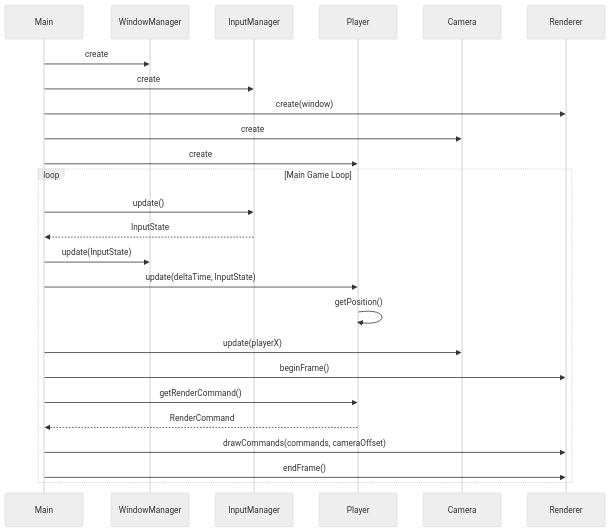
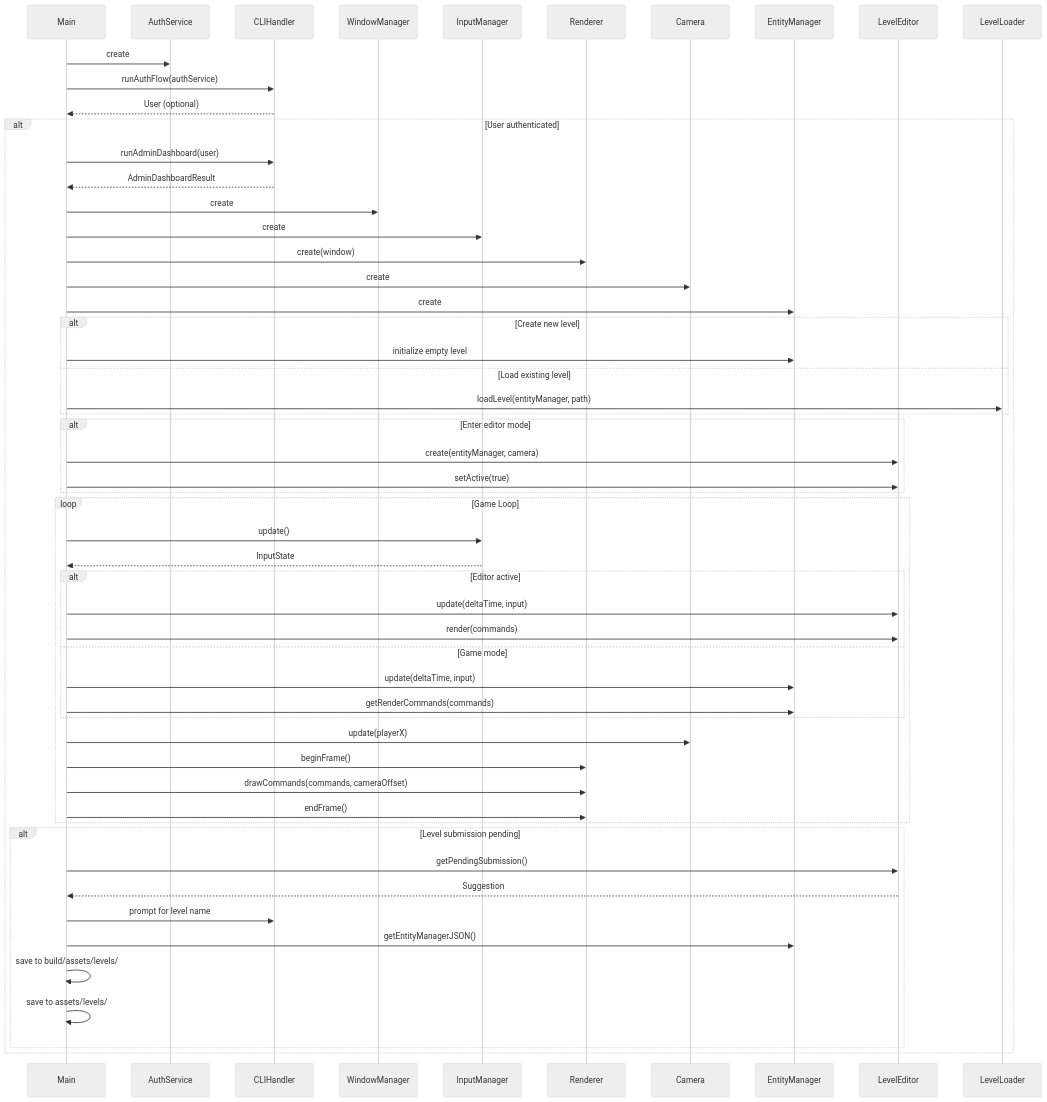
The second of 2 diagrams in docs/UML.md (boyScavedo/cpp-2d-game), drawn with Mermaid (neutral theme) before and after one commit. The commit also changed other lines of this file and 37 other files, not shown here.

````diff
--- a/docs/UML.md
+++ b/docs/UML.md
@@ -85,29 +137,65 @@
 ```mermaid
 sequenceDiagram
     participant Main
+    participant AuthService
+    participant CLIHandler
     participant WindowManager
     participant InputManager
-    participant Player
+    participant Renderer
     participant Camera
-    participant Renderer
+    participant EntityManager
+    participant LevelEditor
 
-    Main->>WindowManager: create
-    Main->>InputManager: create
-    Main->>Renderer: create(window)
-    Main->>Camera: create
-    Main->>Player: create
+    Main->>AuthService: create
+    Main->>CLIHandler: runAuthFlow(authService)
+    CLIHandler-->>Main: User (optional)
 
-    loop Main Game Loop
-        Main->>InputManager: update()
-        InputManager-->>Main: InputState
-        Main->>WindowManager: update(InputState)
-        Main->>Player: update(deltaTime, InputState)
-        Player->>Player: getPosition()
-        Main->>Camera: update(playerX)
-        Main->>Renderer: beginFrame()
-        Main->>Player: getRenderCommand()
-        Player-->>Main: RenderCommand
-        Main->>Renderer: drawCommands(commands, cameraOffset)
-        Main->>Renderer: endFrame()
+    alt User authenticated
+        Main->>CLIHandler: runAdminDashboard(user)
+        CLIHandler-->>Main: AdminDashboardResult
+
+        Main->>WindowManager: create
+        Main->>InputManager: create
+        Main->>Renderer: create(window)
+        Main->>Camera: create
+        Main->>EntityManager: create
+
+        alt Create new level
+            Main->>EntityManager: initialize empty level
+        else Load existing level
+            Main->>LevelLoader: loadLevel(entityManager, path)
+        end
+
+        alt Enter editor mode
+            Main->>LevelEditor: create(entityManager, camera)
+            Main->>LevelEditor: setActive(true)
+        end
+
+        loop Game Loop
+            Main->>InputManager: update()
+            InputManager-->>Main: InputState
+
+            alt Editor active
+                Main->>LevelEditor: update(deltaTime, input)
+                Main->>LevelEditor: render(commands)
+            else Game mode
+                Main->>EntityManager: update(deltaTime, input)
+                Main->>EntityManager: getRenderCommands(commands)
+            end
+
+            Main->>Camera: update(playerX)
+            Main->>Renderer: beginFrame()
+            Main->>Renderer: drawCommands(commands, cameraOffset)
+            Main->>Renderer: endFrame()
+        end
+
+        alt Level submission pending
+            Main->>LevelEditor: getPendingSubmission()
+            LevelEditor-->>Main: Suggestion
+            Main->>CLIHandler: prompt for level name
+            Main->>EntityManager: getEntityManagerJSON()
+            Main->>Main: save to build/assets/levels/
+            Main->>Main: save to assets/levels/
+        end
     end
 ```
````
